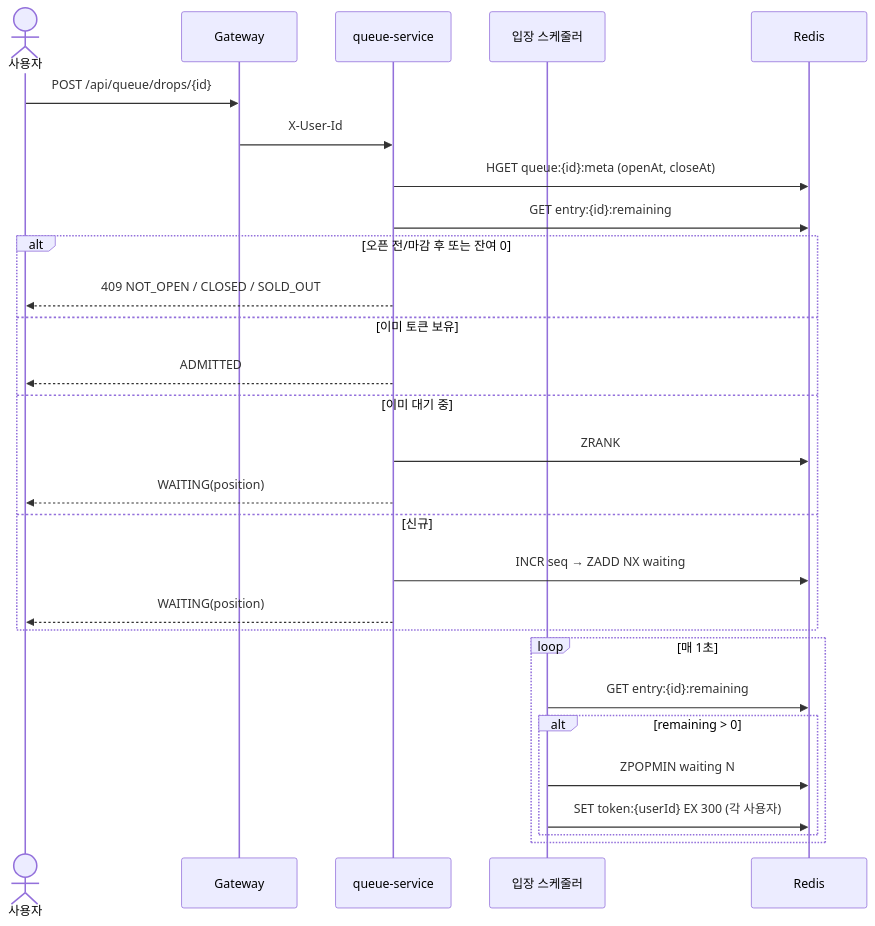
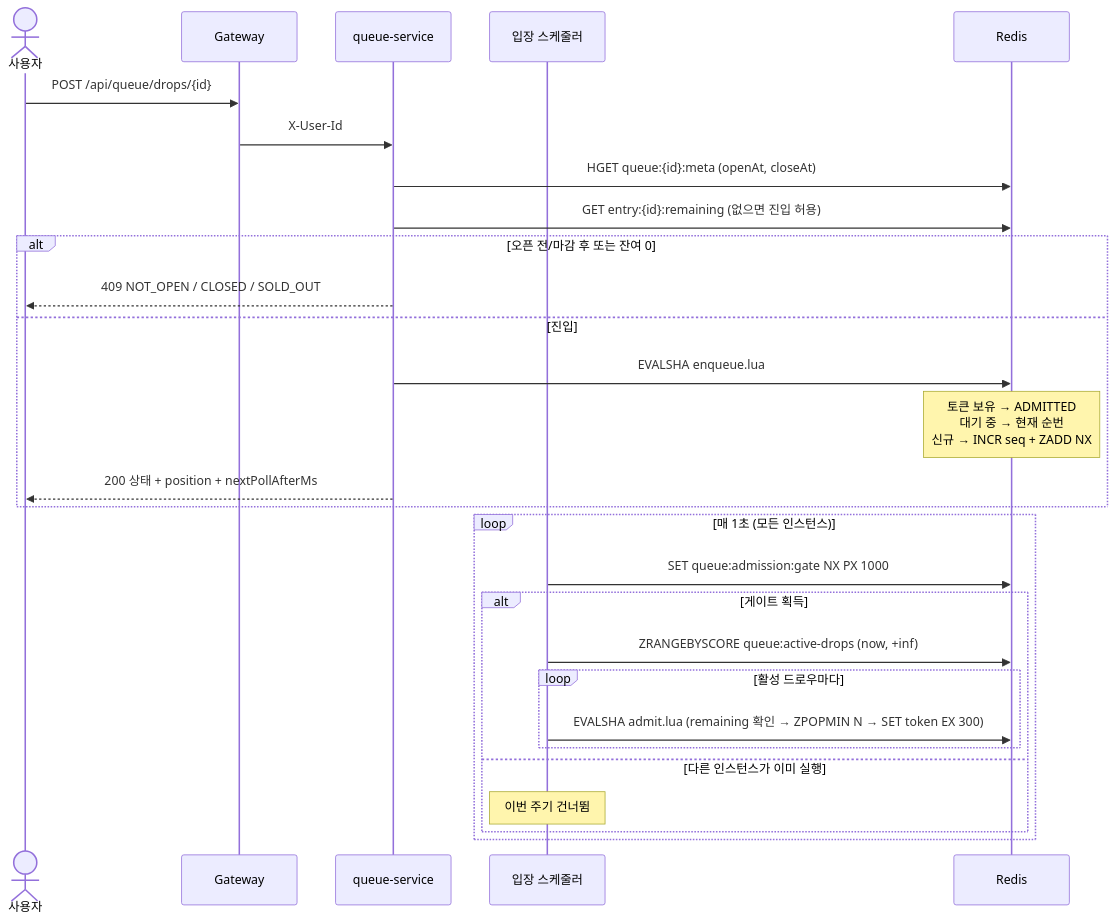
One commit to dd-jiny/queue-drop changed the second of 2 diagrams in docs/design/05-features/queue-enter.md. Above: the diagram before and after it, drawn with Mermaid. The commit also changed other lines of this file and 24 other files, not shown here.

````diff
--- a/docs/design/05-features/queue-enter.md
+++ b/docs/design/05-features/queue-enter.md
@@ -81,32 +86,32 @@
 ```mermaid
 sequenceDiagram
     actor U as 사용자
     participant GW as Gateway
     participant QS as queue-service
     participant SCH as 입장 스케줄러
     participant R as Redis
 
     U->>GW: POST /api/queue/drops/{id}
     GW->>QS: X-User-Id
     QS->>R: HGET queue:{id}:meta (openAt, closeAt)
-    QS->>R: GET entry:{id}:remaining
+    QS->>R: GET entry:{id}:remaining (없으면 진입 허용)
     alt 오픈 전/마감 후 또는 잔여 0
         QS-->>U: 409 NOT_OPEN / CLOSED / SOLD_OUT
-    else 이미 토큰 보유
-        QS-->>U: ADMITTED
-    else 이미 대기 중
-        QS->>R: ZRANK
-        QS-->>U: WAITING(position)
-    else 신규
-        QS->>R: INCR seq → ZADD NX waiting
-        QS-->>U: WAITING(position)
+    else 진입
+        QS->>R: EVALSHA enqueue.lua
+        Note over R: 토큰 보유 → ADMITTED<br/>대기 중 → 현재 순번<br/>신규 → INCR seq + ZADD NX
+        QS-->>U: 200 상태 + position + nextPollAfterMs
     end
 
-    loop 매 1초
-        SCH->>R: GET entry:{id}:remaining
-        alt remaining > 0
-            SCH->>R: ZPOPMIN waiting N
-            SCH->>R: SET token:{userId} EX 300 (각 사용자)
+    loop 매 1초 (모든 인스턴스)
+        SCH->>R: SET queue:admission:gate NX PX 1000
+        alt 게이트 획득
+            SCH->>R: ZRANGEBYSCORE queue:active-drops (now, +inf)
+            loop 활성 드로우마다
+                SCH->>R: EVALSHA admit.lua (remaining 확인 → ZPOPMIN N → SET token EX 300)
+            end
+        else 다른 인스턴스가 이미 실행
+            Note over SCH: 이번 주기 건너뜀
         end
     end
 ```
````
